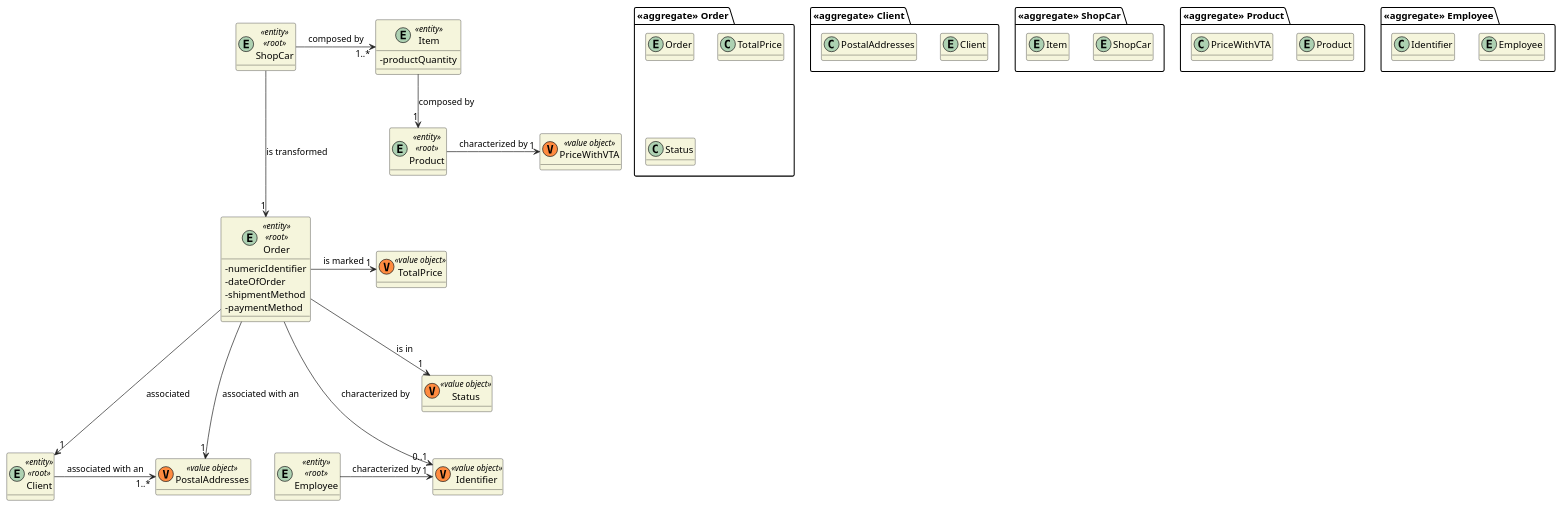
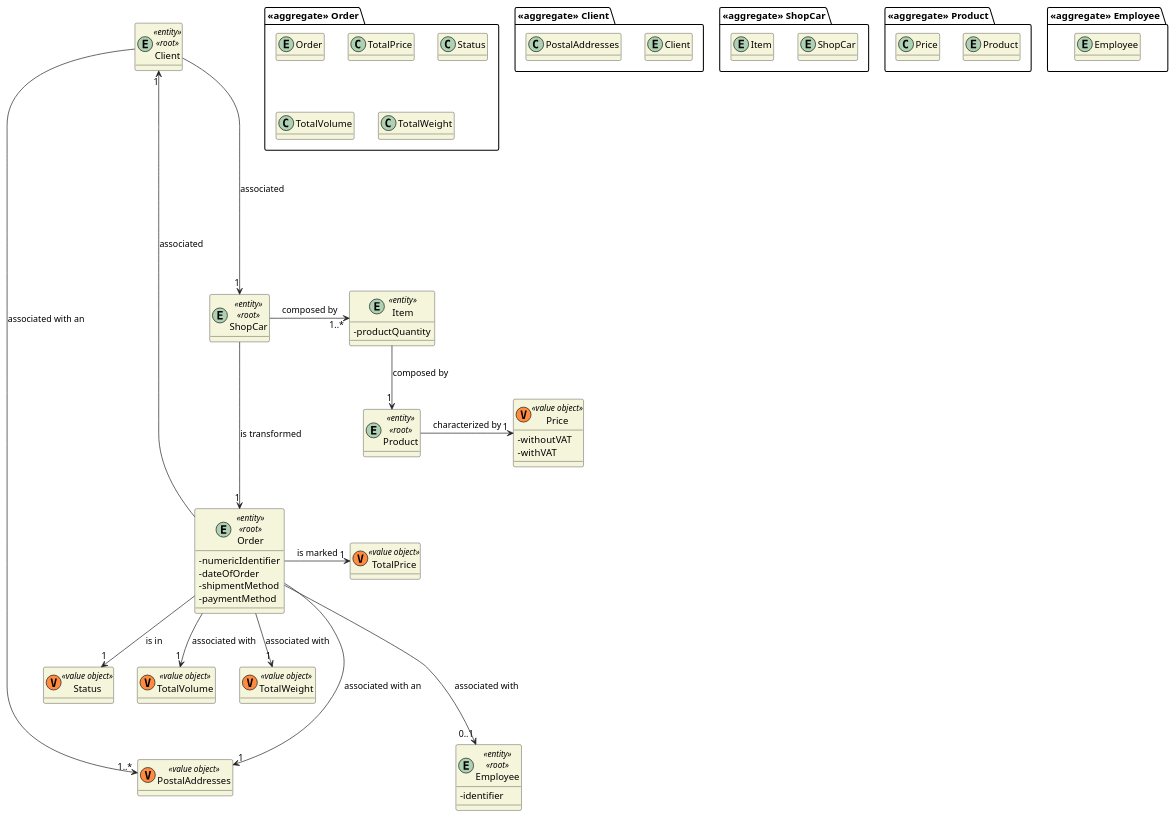
Before and after one commit to 0franciscor/lei21_22_s4_2de_01: the diagram in docs/DM/DM_Orders.puml, drawn with PlantUML. The commit also changed 9 other files, not shown here.

```diff
--- a/docs/DM/DM_Orders.puml
+++ b/docs/DM/DM_Orders.puml
@@ -1,93 +1,93 @@
 @startuml
 'https://plantuml.com/class-diagram
 
 skinparam classAttributeIconSize 0
 hide empty attributes
 skinparam classBackgroundColor beige
 skinparam ArrowColor #222222
 
 package "<<aggregate>> Order"{
     entity Order
     class TotalPrice
     class Status
-
+    class TotalVolume
+    class TotalWeight
 }
 
 entity Order <<entity>> <<root>> {
 - numericIdentifier
 - dateOfOrder
 - shipmentMethod
 - paymentMethod
 
 }
 
 class TotalPrice <<(V,#FF8B40) value object>> {}
 class Status <<(V,#FF8B40) value object>> {}
+class TotalVolume <<(V,#FF8B40) value object>> {}
+class TotalWeight <<(V,#FF8B40) value object>> {}
 
 package "<<aggregate>> Client" {
     entity Client
     class PostalAddresses
 }
 
 entity Client <<entity>> <<root>> {
 
 }
 class PostalAddresses <<(V,#FF8B40) value object>> {}
 
 entity Client <<entity>> <<root>> {
 
 }
 package "<<aggregate>> ShopCar"{
     entity ShopCar
     entity Item
 }
 
 entity ShopCar <<entity>> <<root>>{
 
 }
 entity Item <<entity>> {
     -productQuantity
 
 }
 package "<<aggregate>> Product"{
      entity Product
-     class PriceWithVTA
+     class Price
 
 }
 
 entity Product <<entity>> <<root>> {
 
 }
 
-class PriceWithVTA <<(V,#FF8B40) value object>> {}
+class Price <<(V,#FF8B40) value object>> {
+    - withoutVAT
+    - withVAT
+    }
 
 package "<<aggregate>> Employee" {
     entity Employee
-    class Identifier
 }
 
 entity Employee <<entity>> <<root>> {
-
+    -identifier
 }
 
-class Identifier <<(V,#FF8B40) value object>> {}
-
-Order ---> "1" Client : associated
+Client -----> "1" ShopCar : associated
+Order ----> "1" Client : associated
 Client -> "1..*" PostalAddresses: associated with an
 Order ---> "1" PostalAddresses : associated with an
 ShopCar ---> "1" Order : is transformed
-Product -> "1" PriceWithVTA : characterized by
+Product -> "1" Price : characterized by
 Item --> "1" Product : composed by
 Order -> "1" TotalPrice : is marked
 ShopCar -> "1..*" Item : composed by
-Employee -> "1" Identifier : characterized by
-Order ---> "0..1" Identifier : characterized by
+Order ---> "0..1" Employee : associated with
 Order --> "1" Status : is in
-
-
-
-
-
+Order --> "1" TotalVolume : associated with
+Order --> "1" TotalWeight : associated with
 
 
 @enduml
```
